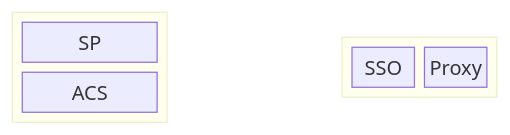
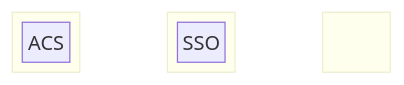
One commit to mikehadlow/samlproxy changed the second of 3 diagrams in README.md. Above: the diagram before and after it, drawn with Mermaid.

Commit message:
block spacing

````diff
--- a/README.md
+++ b/README.md
@@ -26,22 +26,22 @@
 ```mermaid
 block-beta
 columns 6
-    block:1
+    block:SP
     columns 1
       SP
       ACS
     end
     space:1
-    block:2
+    block:Proxy
     columns 2
       SSO
       Proxy
       ACS
     end
     space:1
-    block:1
+    block:IdP
     columns 1
       SSO
       IdP
     end
 ```
````
